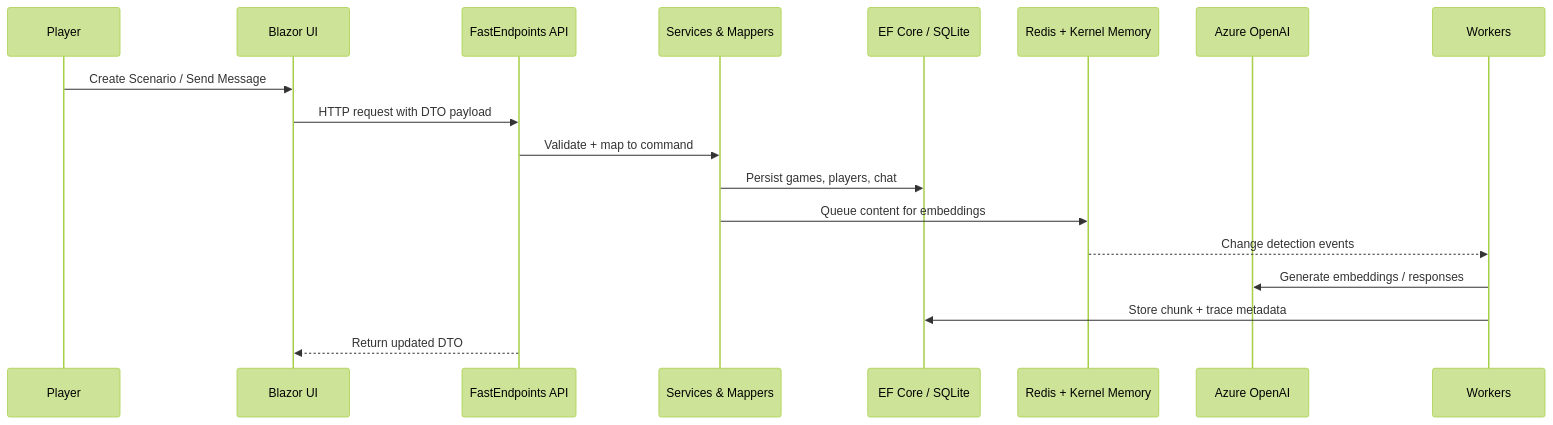
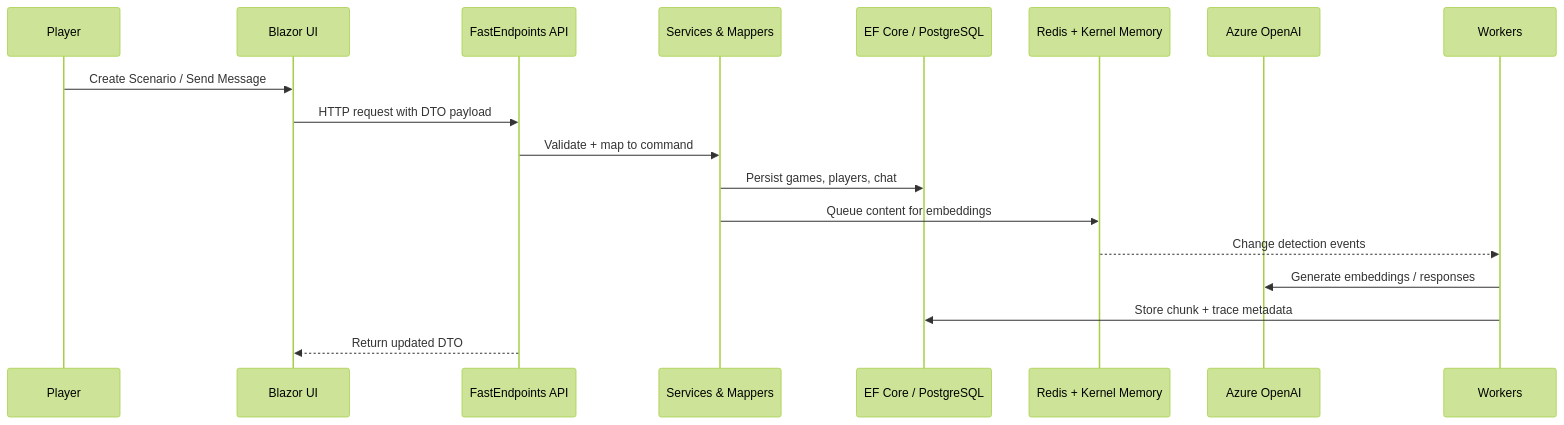
The second of 2 diagrams in README.md (IntegerMan/JAIMES-AF), drawn with Mermaid (forest theme) before and after one commit. The commit also changed other lines of this file and 14 other files, not shown here.

First line of the commit message:
Refactor: Switch default database to PostgreSQL

````diff
--- a/README.md
+++ b/README.md
@@ -42,20 +42,20 @@
 ```mermaid
 sequenceDiagram
     participant Player
     participant Web as Blazor UI
     participant API as FastEndpoints API
     participant BLL as Services & Mappers
-    participant DB as EF Core / SQLite
+    participant DB as EF Core / PostgreSQL
     participant Vector as Redis + Kernel Memory
     participant AOAI as Azure OpenAI
 
     Player->>Web: Create Scenario / Send Message
     Web->>API: HTTP request with DTO payload
     API->>BLL: Validate + map to command
     BLL->>DB: Persist games, players, chat
     BLL->>Vector: Queue content for embeddings
     Vector-->>Workers: Change detection events
     Workers->>AOAI: Generate embeddings / responses
     Workers->>DB: Store chunk + trace metadata
     API-->>Web: Return updated DTO
 ```
````
